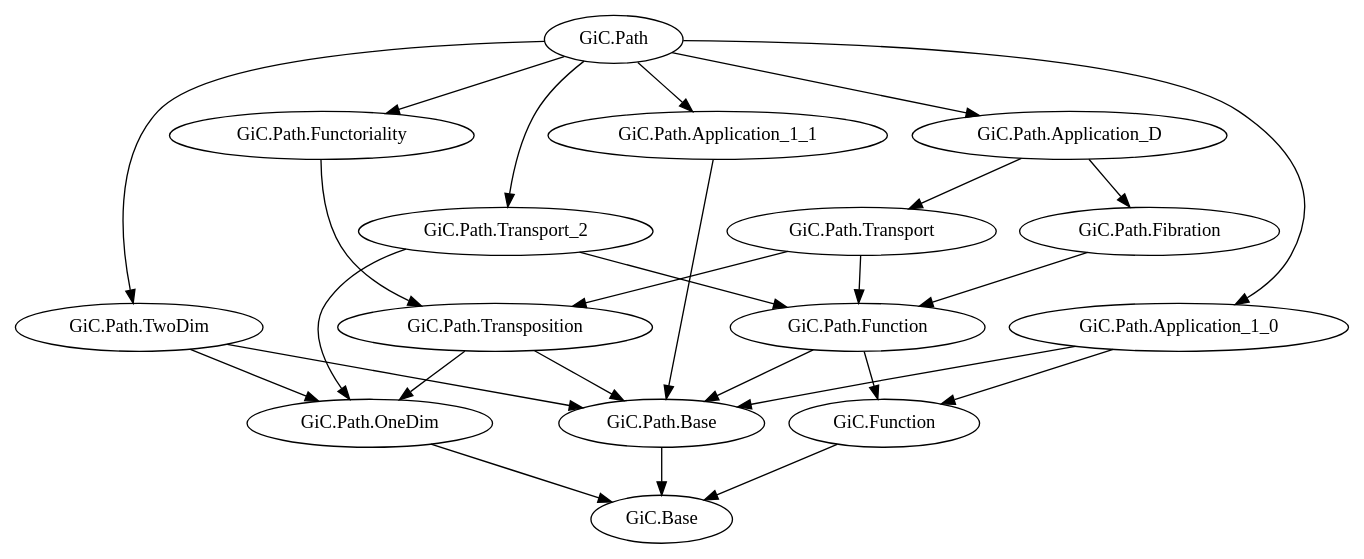
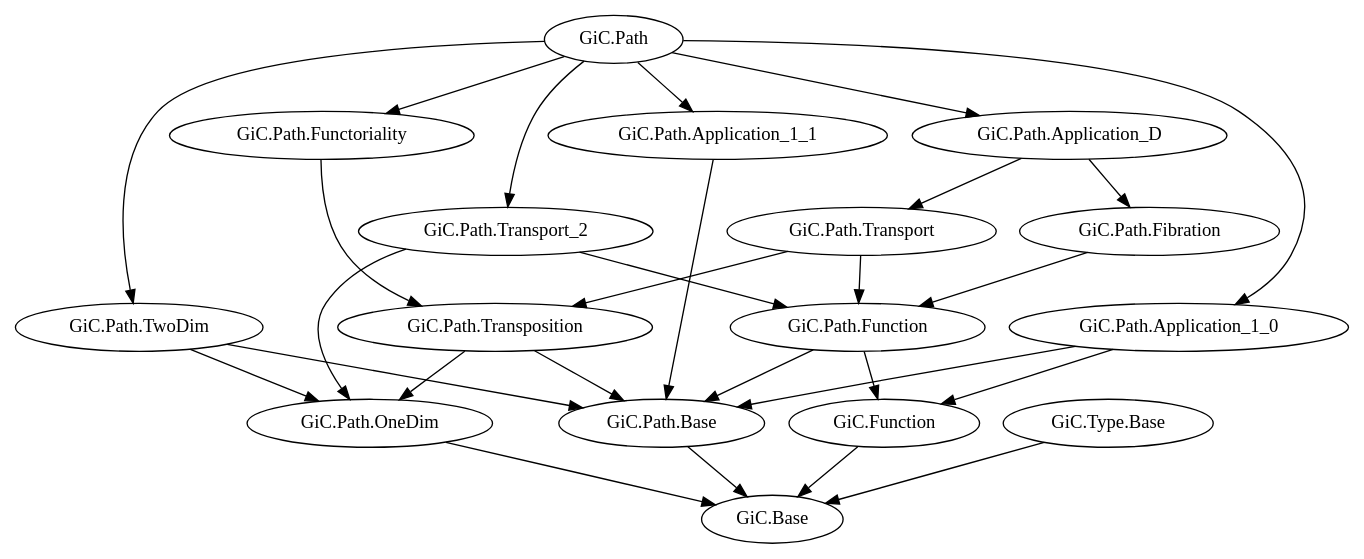
The diagram in documents/libraries-tred.gv (Hexirp/googology-in-coq), drawn with Graphviz before and after one commit. The commit also changed 3 other files, not shown here.

First line of the commit message:
Add: GiC.Type.Base を

```diff
--- a/documents/libraries-tred.gv
+++ b/documents/libraries-tred.gv
@@ -1,57 +1,60 @@
 digraph dependency_graph_tred {
   # GiC.Base
 
   # GiC.Function
   "GiC.Function" -> "GiC.Base";
 
   # GiC.Path.Base
   "GiC.Path.Base" -> "GiC.Base";
 
   # GiC.Path.Function
   "GiC.Path.Function" -> "GiC.Function";
   "GiC.Path.Function" -> "GiC.Path.Base";
 
   # GiC.Path.OneDim
   "GiC.Path.OneDim" -> "GiC.Base";
 
   # GiC.Path.TwoDim
   "GiC.Path.TwoDim" -> "GiC.Path.Base";
   "GiC.Path.TwoDim" -> "GiC.Path.OneDim";
 
   # GiC.Path.Transposition
   "GiC.Path.Transposition" -> "GiC.Path.Base";
   "GiC.Path.Transposition" -> "GiC.Path.OneDim";
 
   # GiC.Path.Functoriality
   "GiC.Path.Functoriality" -> "GiC.Path.Transposition";
 
   # GiC.Path.Application_1_0
   "GiC.Path.Application_1_0" -> "GiC.Function";
   "GiC.Path.Application_1_0" -> "GiC.Path.Base";
 
   # GiC.Path.Application_1_1
   "GiC.Path.Application_1_1" -> "GiC.Path.Base";
 
   # GiC.Path.Transport
   "GiC.Path.Transport" -> "GiC.Path.Function";
   "GiC.Path.Transport" -> "GiC.Path.Transposition";
 
   # GiC.Path.Fibration
   "GiC.Path.Fibration" -> "GiC.Path.Function";
 
   # GiC.Path.Transport_2
   "GiC.Path.Transport_2" -> "GiC.Path.Function";
   "GiC.Path.Transport_2" -> "GiC.Path.OneDim";
 
   # GiC.Path.Application_D
   "GiC.Path.Application_D" -> "GiC.Path.Transport";
   "GiC.Path.Application_D" -> "GiC.Path.Fibration";
 
   # GiC.Path
   "GiC.Path" -> "GiC.Path.TwoDim";
   "GiC.Path" -> "GiC.Path.Functoriality";
   "GiC.Path" -> "GiC.Path.Application_1_0";
   "GiC.Path" -> "GiC.Path.Application_1_1";
   "GiC.Path" -> "GiC.Path.Transport_2";
   "GiC.Path" -> "GiC.Path.Application_D";
+
+  # GiC.Type.Base
+  "GiC.Type.Base" -> "GiC.Base";
 }
```
